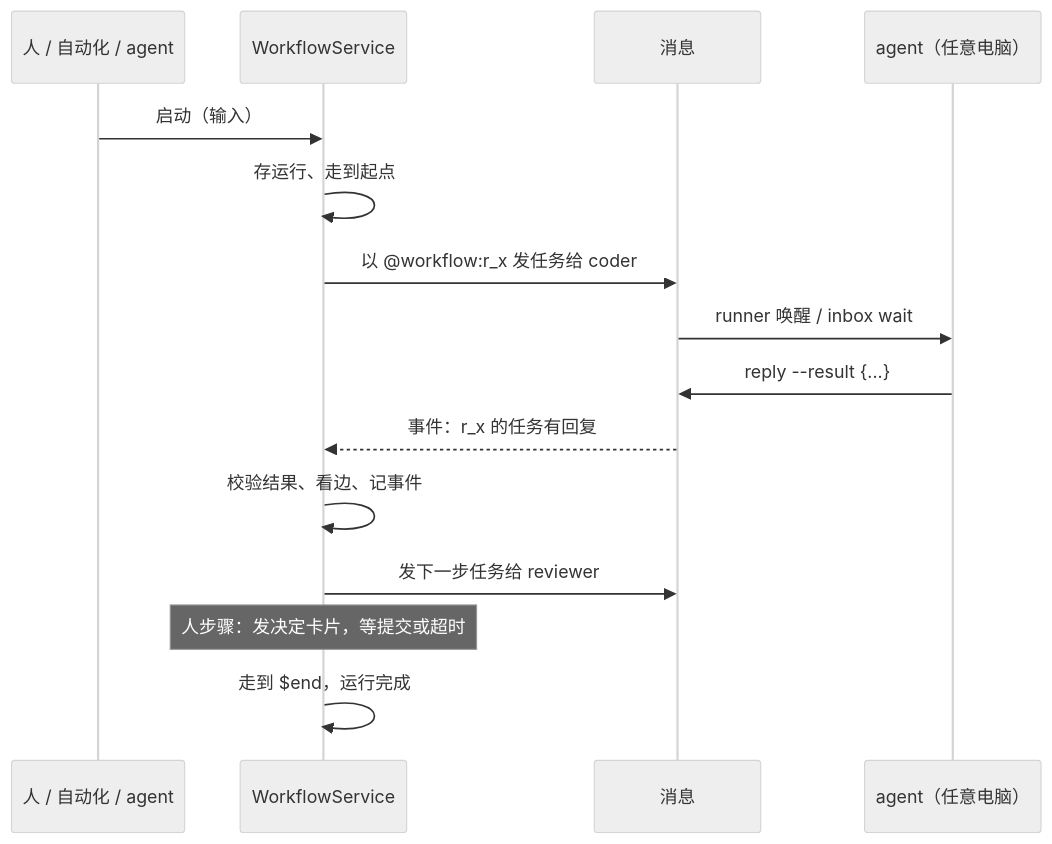
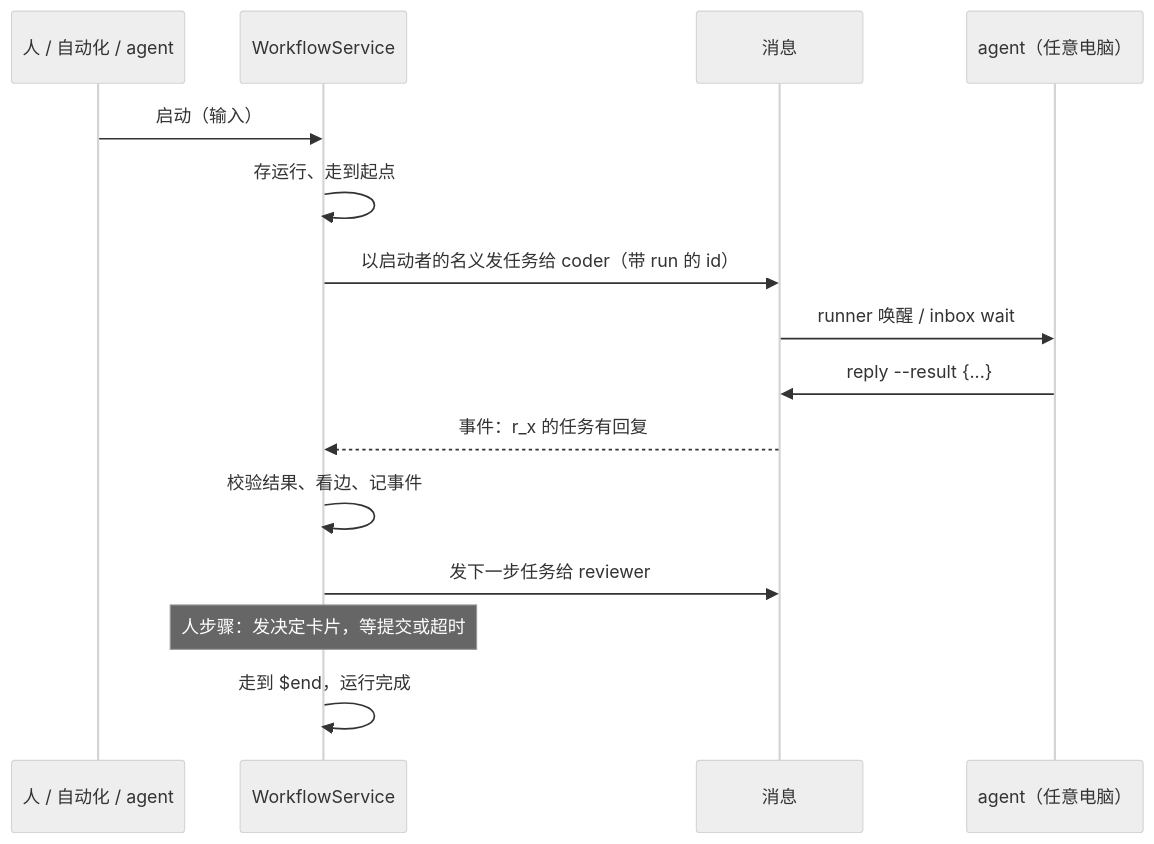
The first of 2 diagrams in docs/design/workflow.md (chenhg5/myco), drawn with Mermaid (neutral theme) before and after one commit. The commit also changed other lines of this file and 31 other files, not shown here.

````diff
--- a/docs/design/workflow.md
+++ b/docs/design/workflow.md
@@ -152,17 +152,17 @@
 ```mermaid
 sequenceDiagram
   participant U as 人 / 自动化 / agent
   participant W as WorkflowService
   participant M as 消息
   participant A as agent（任意电脑）
   U->>W: 启动（输入）
   W->>W: 存运行、走到起点
-  W->>M: 以 @workflow:r_x 发任务给 coder
+  W->>M: 以启动者的名义发任务给 coder（带 run 的 id）
   M->>A: runner 唤醒 / inbox wait
   A->>M: reply --result {...}
   M-->>W: 事件：r_x 的任务有回复
   W->>W: 校验结果、看边、记事件
   W->>M: 发下一步任务给 reviewer
   Note over W: 人步骤：发决定卡片，等提交或超时
   W->>W: 走到 $end，运行完成
 ```
````
